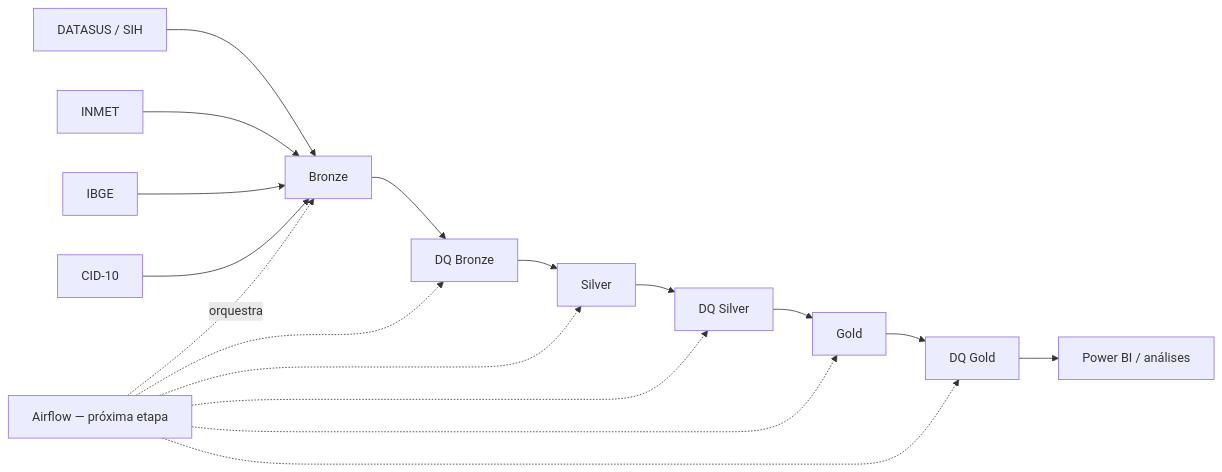
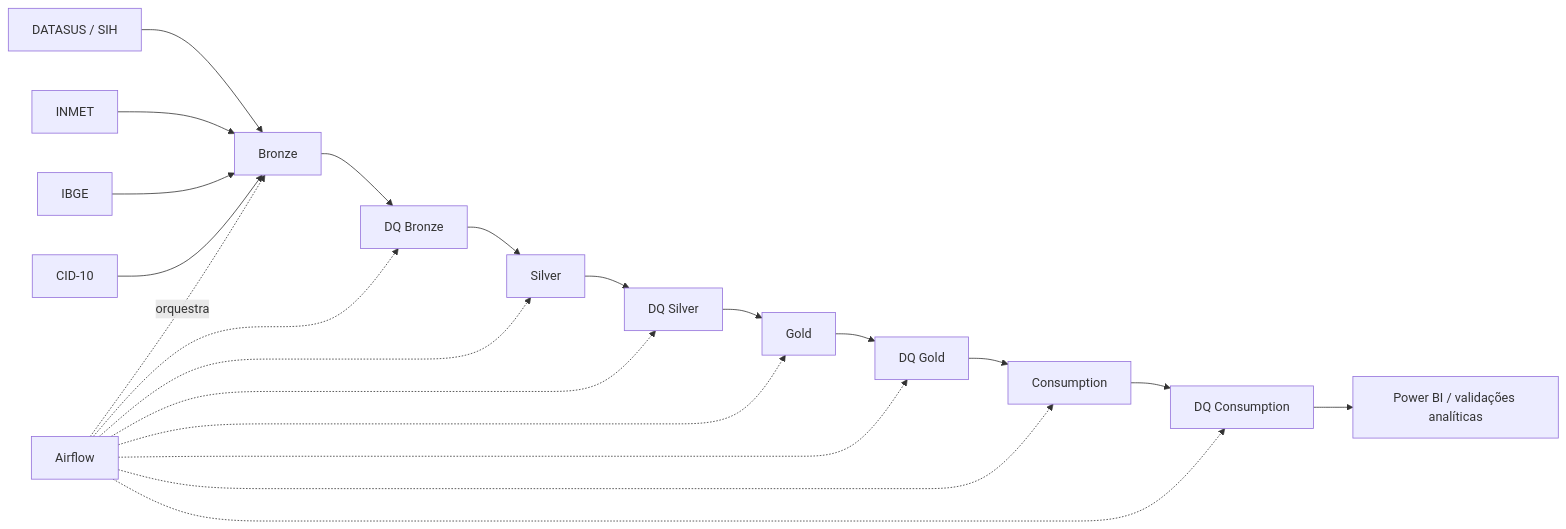
Before and after one commit to xMafra/internacoes-meteorologia-sp: the diagram in README.md, drawn with Mermaid. The commit also changed other lines of this file and 90 other files, not shown here.

````diff
--- a/README.md
+++ b/README.md
@@ -21,19 +29,23 @@
 ```mermaid
 flowchart LR
     A[DATASUS / SIH] --> B[Bronze]
     C[INMET] --> B
     D[IBGE] --> B
     E[CID-10] --> B
     B --> QB[DQ Bronze]
     QB --> S[Silver]
     S --> QS[DQ Silver]
     QS --> G[Gold]
     G --> QG[DQ Gold]
-    QG --> P[Power BI / análises]
-    AF[Airflow — próxima etapa] -. orquestra .-> B
+    QG --> CO[Consumption]
+    CO --> QC[DQ Consumption]
+    QC --> P[Power BI / validações analíticas]
+    AF[Airflow] -. orquestra .-> B
     AF -.-> QB
     AF -.-> S
     AF -.-> QS
     AF -.-> G
     AF -.-> QG
+    AF -.-> CO
+    AF -.-> QC
 ```
````
